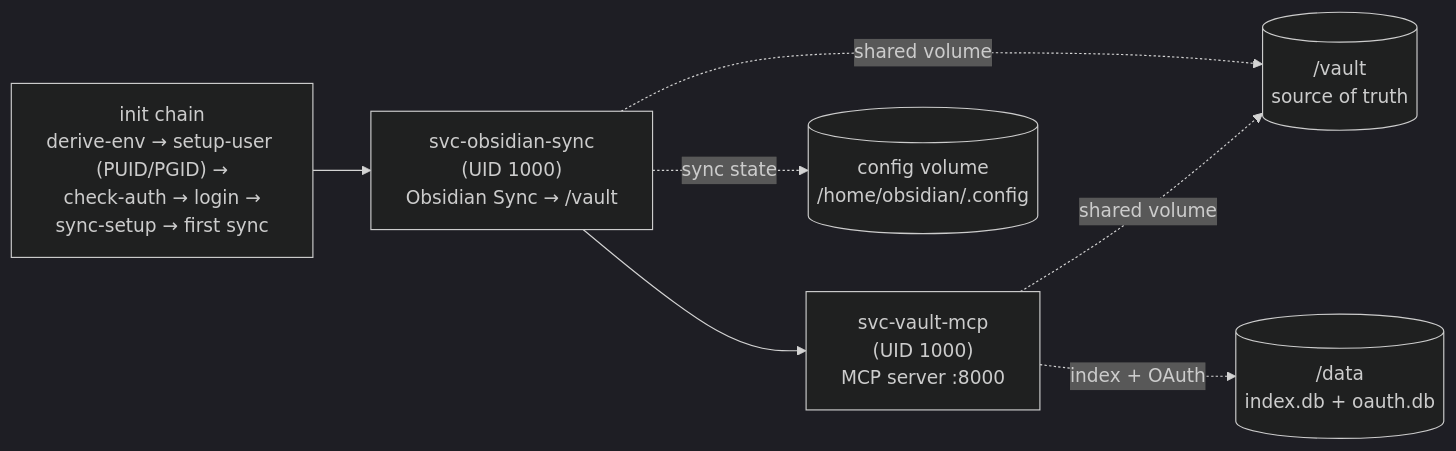
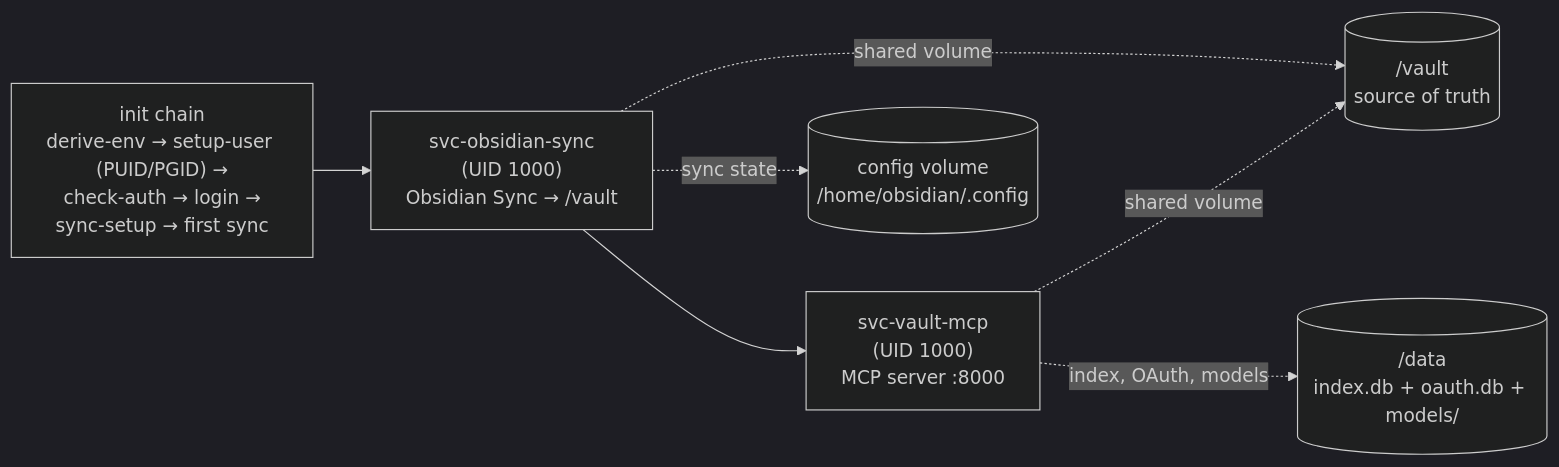
Before and after one commit to aliasunder/vault-cortex: the fifth of 6 diagrams in ARCHITECTURE.md, drawn with Mermaid (dark theme). The commit also changed other lines of this file and 22 other files, not shown here.

First line of the commit message:
fix(search): keep the search models on the data volume (#724)

````diff
--- a/ARCHITECTURE.md
+++ b/ARCHITECTURE.md
@@ -914,9 +914,9 @@
 ```mermaid
 graph LR
     A["init chain<br/>derive-env → setup-user (PUID/PGID) →<br/>check-auth → login →<br/>sync-setup → first sync"] --> B["svc-obsidian-sync<br/>(UID 1000)<br/>Obsidian Sync → /vault"]
     B --> C["svc-vault-mcp<br/>(UID 1000)<br/>MCP server :8000"]
     B -.->|shared volume| D[("/vault<br/>source of truth")]
     C -.->|shared volume| D
-    C -.->|index + OAuth| E[("/data<br/>index.db + oauth.db")]
+    C -.->|index, OAuth, models| E[("/data<br/>index.db + oauth.db + models/")]
     B -.->|sync state| F[("config volume<br/>/home/obsidian/.config")]
 ```
````
